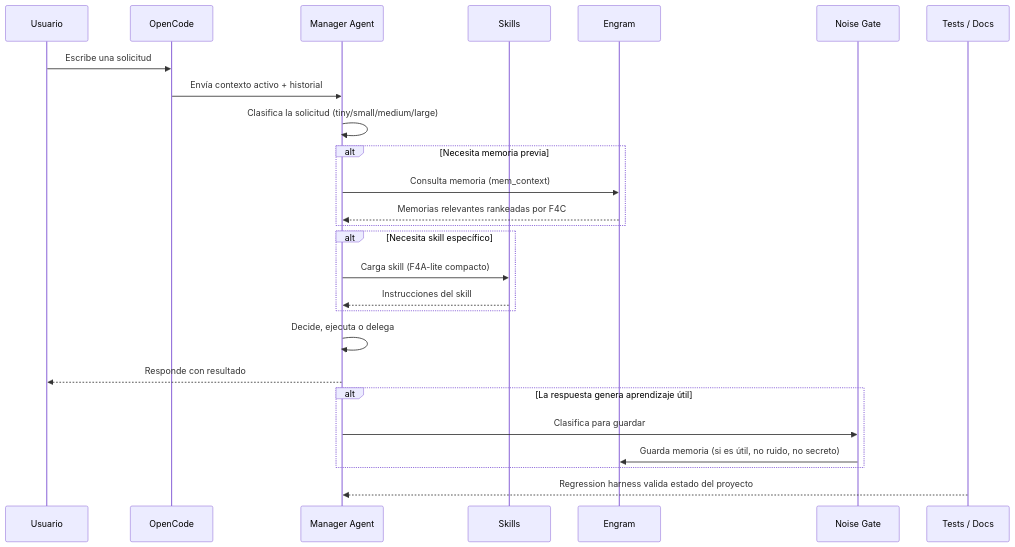
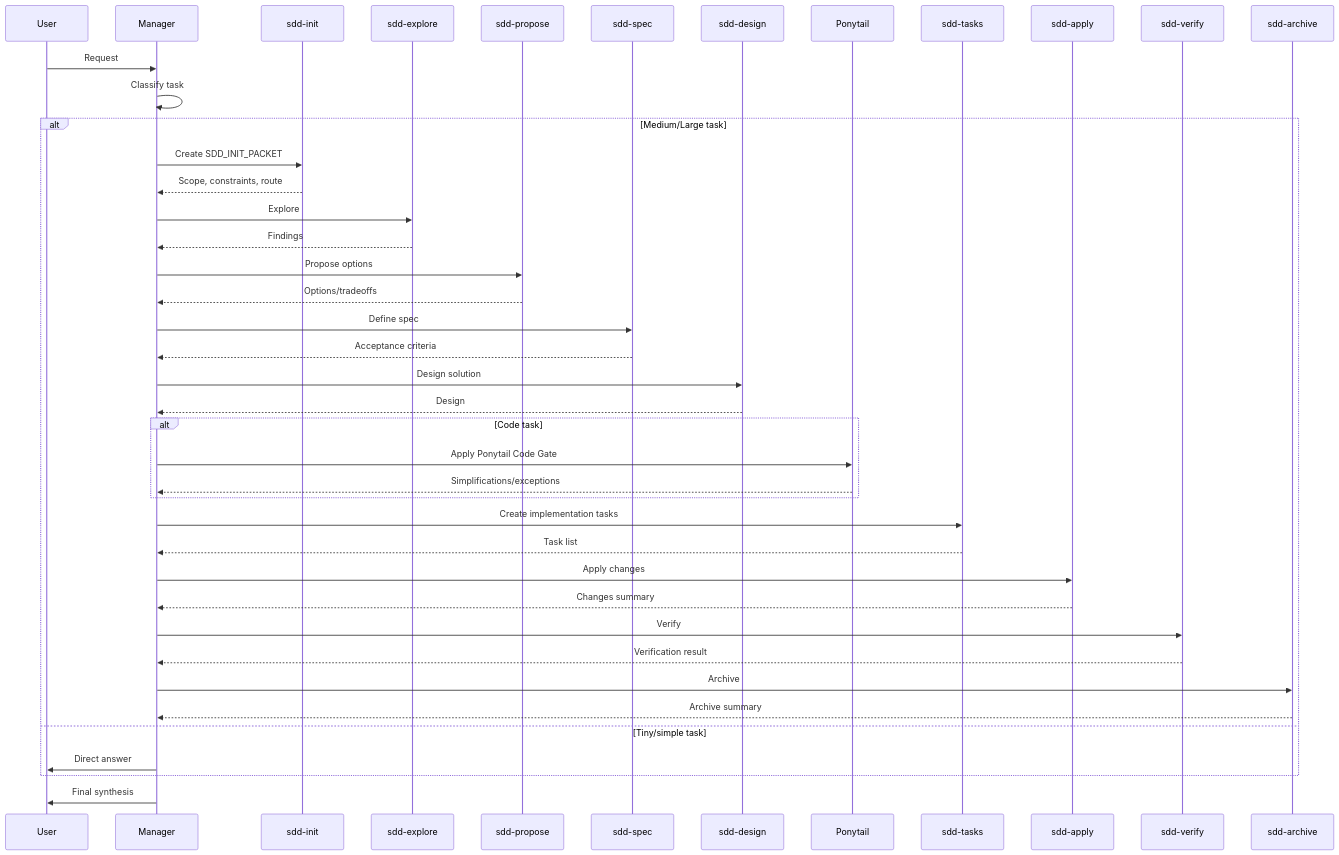
Before and after one commit to harrysxavio/opencode-architecture: the third of 9 diagrams in README.md, drawn with Mermaid. The commit also changed other lines of this file and 5 other files, not shown here.

````diff
--- a/README.md
+++ b/README.md
@@ -148,35 +213,45 @@
 ```mermaid
 sequenceDiagram
-    participant U as Usuario
-    participant OC as OpenCode
-    participant M as Manager Agent
-    participant S as Skills
-    participant E as Engram
-    participant NG as Noise Gate
-    participant T as Tests / Docs
+    participant U as User
+    participant M as Manager
+    participant INIT as sdd-init
+    participant EXP as sdd-explore
+    participant PROP as sdd-propose
+    participant SPEC as sdd-spec
+    participant DES as sdd-design
+    participant PT as Ponytail
+    participant TASK as sdd-tasks
+    participant APPLY as sdd-apply
+    participant VER as sdd-verify
+    participant ARCH as sdd-archive
 
-    U->>OC: Escribe una solicitud
-    OC->>M: Envía contexto activo + historial
-
-    M->>M: Clasifica la solicitud (tiny/small/medium/large)
-
-    alt Necesita memoria previa
-        M->>E: Consulta memoria (mem_context)
-        E-->>M: Memorias relevantes rankeadas por F4C
+    U->>M: Request
+    M->>M: Classify task
+    alt Medium/Large task
+        M->>INIT: Create SDD_INIT_PACKET
+        INIT-->>M: Scope, constraints, route
+        M->>EXP: Explore
+        EXP-->>M: Findings
+        M->>PROP: Propose options
+        PROP-->>M: Options/tradeoffs
+        M->>SPEC: Define spec
+        SPEC-->>M: Acceptance criteria
+        M->>DES: Design solution
+        DES-->>M: Design
+        alt Code task
+            M->>PT: Apply Ponytail Code Gate
+            PT-->>M: Simplifications/exceptions
+        end
+        M->>TASK: Create implementation tasks
+        TASK-->>M: Task list
+        M->>APPLY: Apply changes
+        APPLY-->>M: Changes summary
+        M->>VER: Verify
+        VER-->>M: Verification result
+        M->>ARCH: Archive
+        ARCH-->>M: Archive summary
+    else Tiny/simple task
+        M->>U: Direct answer
     end
-
-    alt Necesita skill específico
-        M->>S: Carga skill (F4A-lite compacto)
-        S-->>M: Instrucciones del skill
-    end
-
-    M->>M: Decide, ejecuta o delega
-    M-->>U: Responde con resultado
-
-    alt La respuesta genera aprendizaje útil
-        M->>NG: Clasifica para guardar
-        NG->>E: Guarda memoria (si es útil, no ruido, no secreto)
-    end
-
-    T-->>M: Regression harness valida estado del proyecto
+    M->>U: Final synthesis
 ```
````
